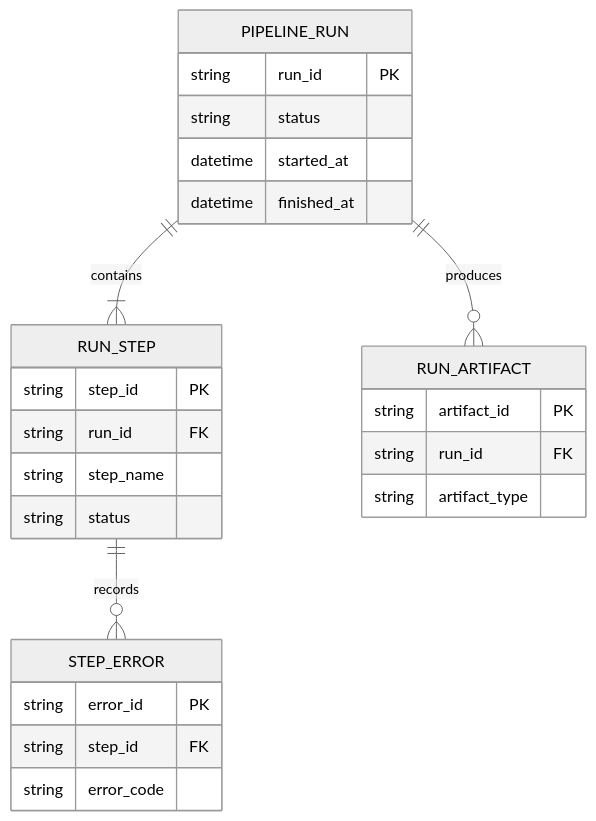
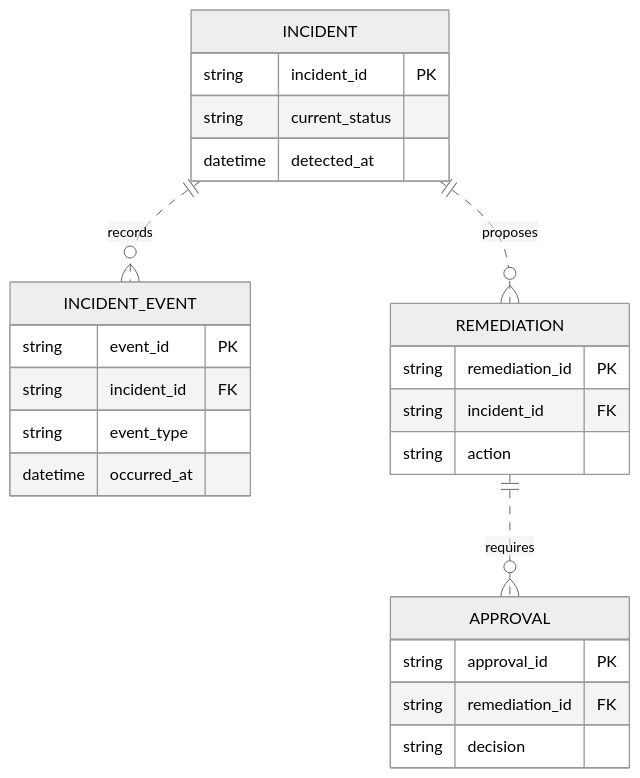
One commit to mols3131d/mols-agent-assets changed the fourth of 5 diagrams in src/rulesync/.rulesync/skills/mols-mermaid-diagram/references/examples/er-diagram.md. Above: the diagram before and after it, drawn with Mermaid (neutral theme). The commit also changed other lines of this file and 27 other files, not shown here.

Commit message:
docs(mermaid): diagram examples 단계별 고도화

````diff
--- a/src/rulesync/.rulesync/skills/mols-mermaid-diagram/references/examples/er-diagram.md
+++ b/src/rulesync/.rulesync/skills/mols-mermaid-diagram/references/examples/er-diagram.md
@@ -63,29 +106,28 @@
 ```mermaid
 erDiagram
-    PIPELINE_RUN ||--|{ RUN_STEP : contains
-    PIPELINE_RUN ||--o{ RUN_ARTIFACT : produces
-    RUN_STEP ||--o{ STEP_ERROR : records
+    INCIDENT ||..o{ INCIDENT_EVENT : records
+    INCIDENT ||..o{ REMEDIATION : proposes
+    REMEDIATION ||..o{ APPROVAL : requires
 
-    PIPELINE_RUN {
-        string run_id PK
-        string status
-        datetime started_at
-        datetime finished_at
+    INCIDENT {
+        string incident_id PK
+        string current_status
+        datetime detected_at
     }
-    RUN_STEP {
-        string step_id PK
-        string run_id FK
-        string step_name
-        string status
+    INCIDENT_EVENT {
+        string event_id PK
+        string incident_id FK
+        string event_type
+        datetime occurred_at
     }
-    RUN_ARTIFACT {
-        string artifact_id PK
-        string run_id FK
-        string artifact_type
+    REMEDIATION {
+        string remediation_id PK
+        string incident_id FK
+        string action
     }
-    STEP_ERROR {
-        string error_id PK
-        string step_id FK
-        string error_code
+    APPROVAL {
+        string approval_id PK
+        string remediation_id FK
+        string decision
     }
 ```
````
